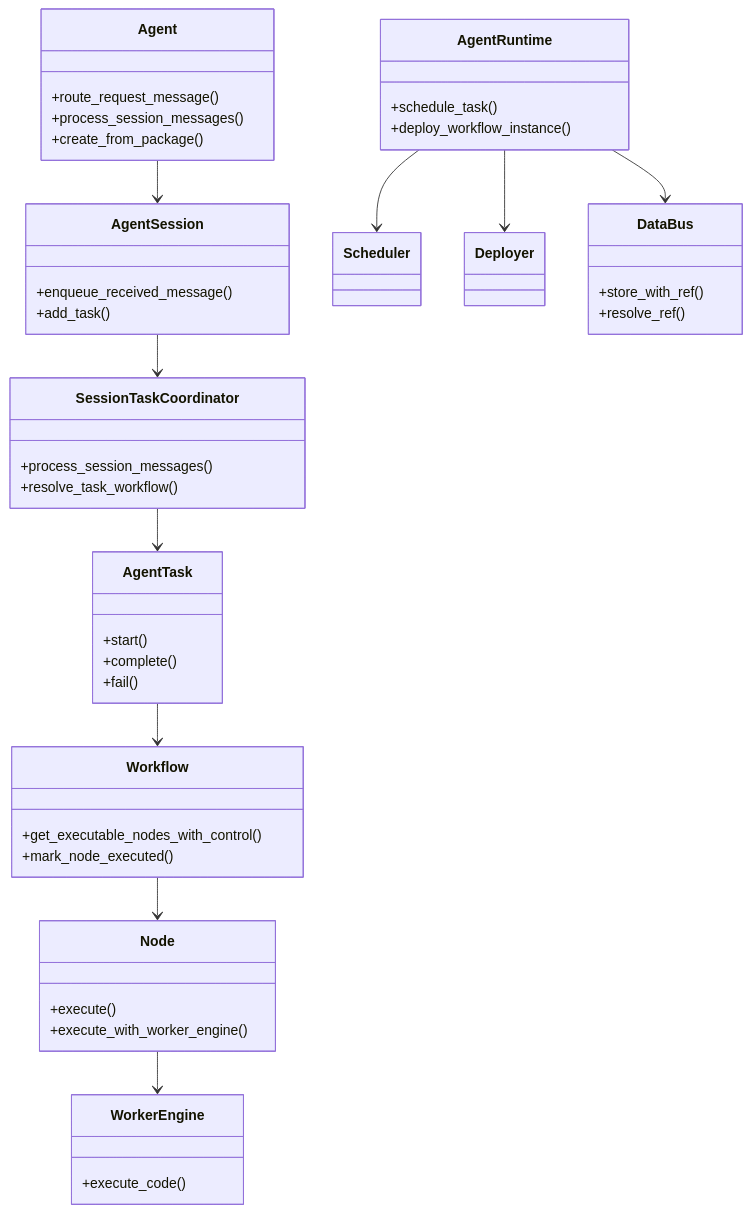
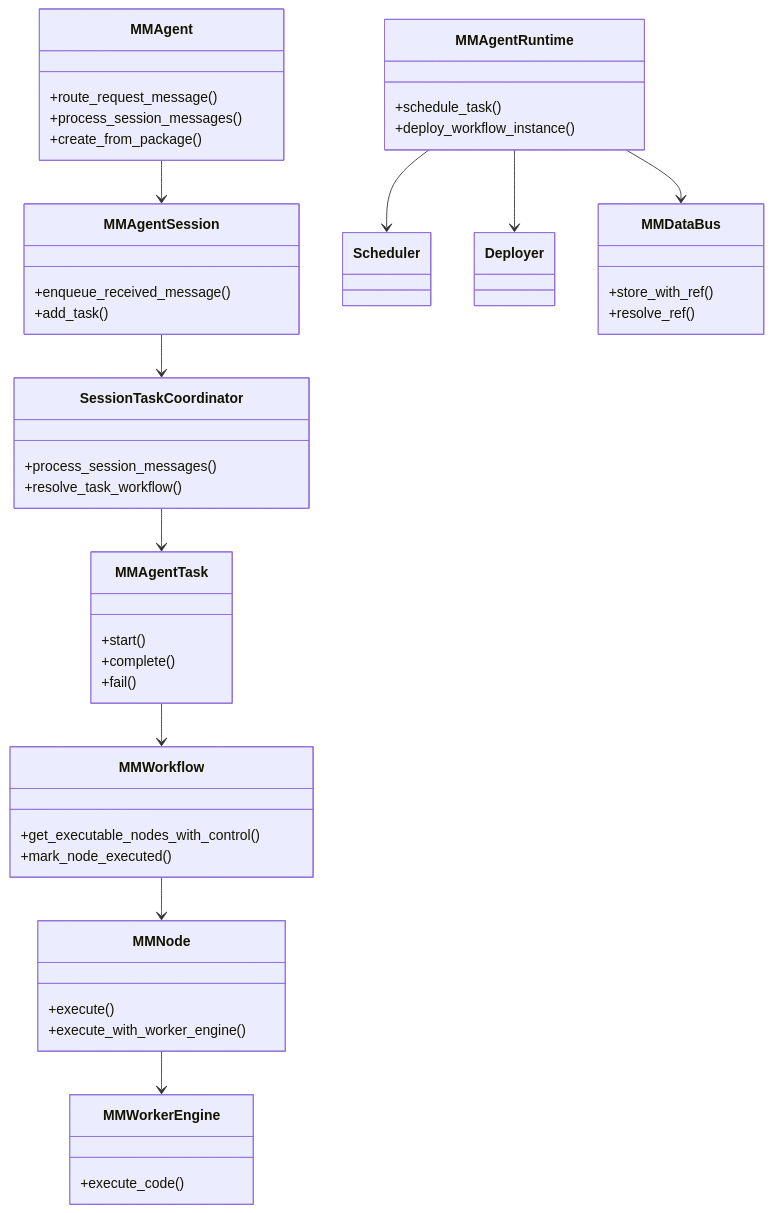
The ninth of 14 diagrams in docs/ARCHITECTURE.md (xyz11274/agentf), drawn with Mermaid before and after one commit. The commit also changed other lines of this file and 106 other files, not shown here.

````diff
--- a/docs/ARCHITECTURE.md
+++ b/docs/ARCHITECTURE.md
@@ -383,52 +383,52 @@
 ```mermaid
 classDiagram
-    class Agent {
+    class MMAgent {
       +route_request_message()
       +process_session_messages()
       +create_from_package()
     }
-    class AgentSession {
+    class MMAgentSession {
       +enqueue_received_message()
       +add_task()
     }
     class SessionTaskCoordinator {
       +process_session_messages()
       +resolve_task_workflow()
     }
-    class AgentTask {
+    class MMAgentTask {
       +start()
       +complete()
       +fail()
     }
-    class Workflow {
+    class MMWorkflow {
       +get_executable_nodes_with_control()
       +mark_node_executed()
     }
-    class Node {
+    class MMNode {
       +execute()
       +execute_with_worker_engine()
     }
-    class AgentRuntime {
+    class MMAgentRuntime {
       +schedule_task()
       +deploy_workflow_instance()
     }
     class Scheduler
     class Deployer
-    class WorkerEngine {
+    class MMWorkerEngine {
       +execute_code()
     }
-    class DataBus {
+    class MMDataBus {
       +store_with_ref()
       +resolve_ref()
     }
 
-    Agent --> AgentSession
-    AgentSession --> SessionTaskCoordinator
-    SessionTaskCoordinator --> AgentTask
-    AgentTask --> Workflow
-    Workflow --> Node
-    AgentRuntime --> Scheduler
-    AgentRuntime --> Deployer
-    Node --> WorkerEngine
-    AgentRuntime --> DataBus
+    MMAgent --> MMAgentSession
+    MMAgentSession --> SessionTaskCoordinator
+    SessionTaskCoordinator --> MMAgentTask
+    MMAgentTask --> MMWorkflow
+    MMWorkflow --> MMNode
+    MMAgentRuntime --> Scheduler
+    MMAgentRuntime --> Deployer
+    MMNode --> MMWorkerEngine
+    MMAgentRuntime --> MMDataBus
 ```
````
